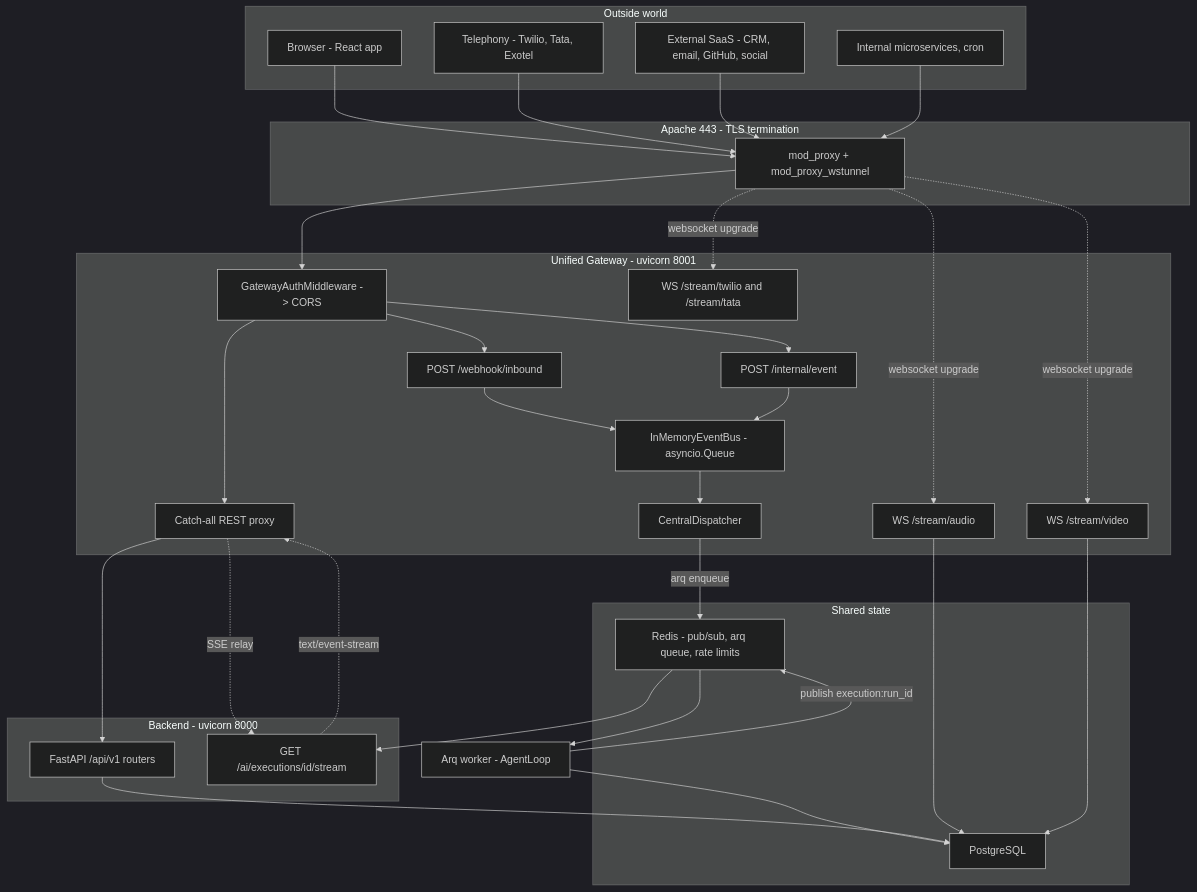
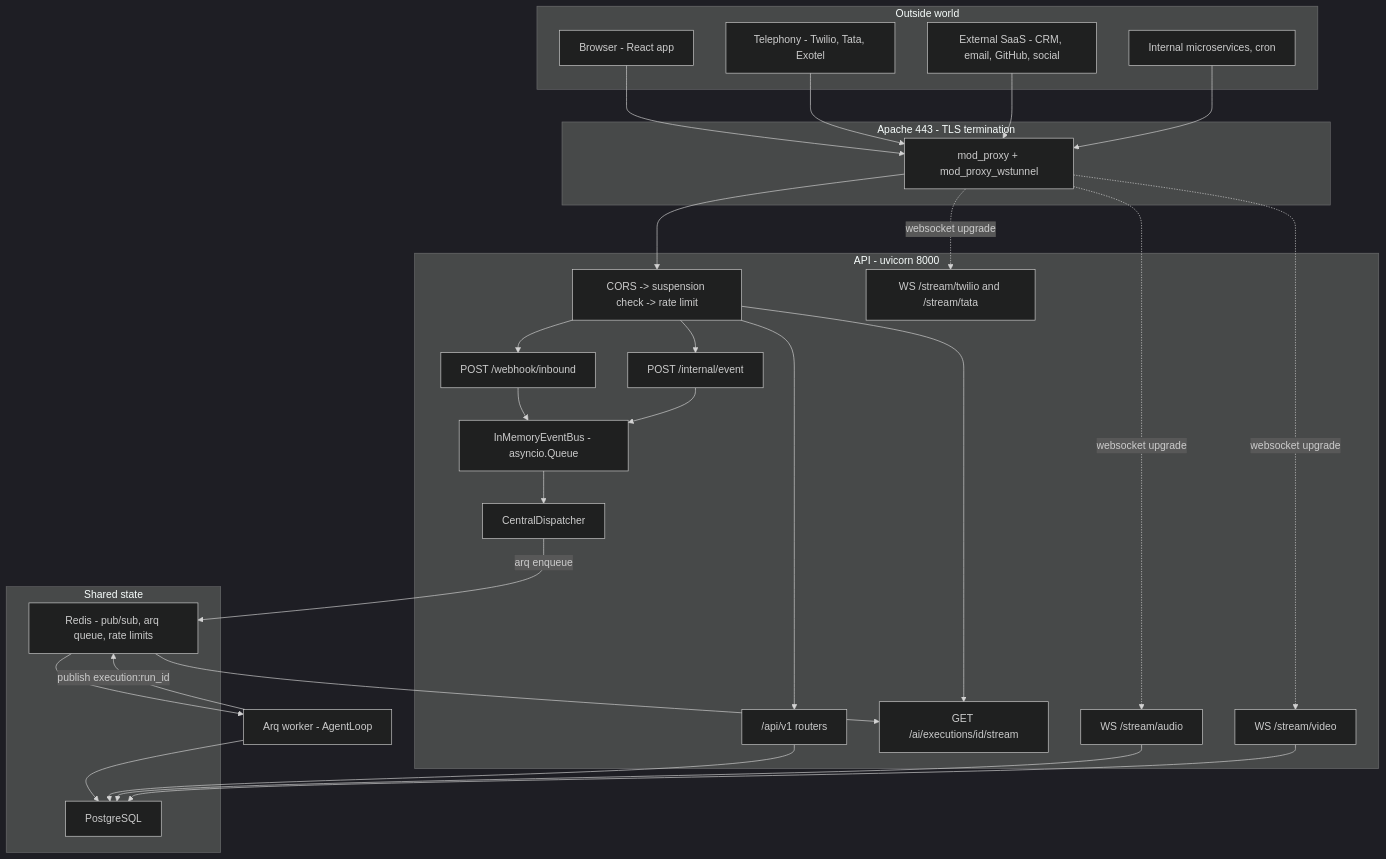
Before and after one commit to gondolerahul/hire-buddha-app: the first of 22 diagrams in docs/current/13-gateway-and-realtime.md, drawn with Mermaid (dark theme). The commit also changed other lines of this file and 61 other files, not shown here.

````diff
--- a/docs/current/13-gateway-and-realtime.md
+++ b/docs/current/13-gateway-and-realtime.md
@@ -66,64 +62,58 @@
 ```mermaid
 graph TB
     subgraph Outside["Outside world"]
         BR["Browser - React app"]
         TEL["Telephony - Twilio, Tata, Exotel"]
         EXT["External SaaS - CRM, email, GitHub, social"]
         SVC["Internal microservices, cron"]
     end
 
     subgraph Edge["Apache 443 - TLS termination"]
         AP["mod_proxy + mod_proxy_wstunnel"]
     end
 
-    subgraph GW["Unified Gateway - uvicorn 8001"]
-        MW["GatewayAuthMiddleware -> CORS"]
-        R1["Catch-all REST proxy"]
+    subgraph API["API - uvicorn 8000"]
+        MW["CORS -> suspension check -> rate limit"]
+        REST["/api/v1 routers"]
+        SSE["GET /ai/executions/id/stream"]
         R2["POST /webhook/inbound"]
         R3["POST /internal/event"]
         R4["WS /stream/audio"]
         R5["WS /stream/video"]
         R6["WS /stream/twilio and /stream/tata"]
         BUS["InMemoryEventBus - asyncio.Queue"]
         DISP["CentralDispatcher"]
-    end
-
-    subgraph Back["Backend - uvicorn 8000"]
-        API["FastAPI /api/v1 routers"]
-        SSE["GET /ai/executions/id/stream"]
     end
 
     subgraph State["Shared state"]
         RD["Redis - pub/sub, arq queue, rate limits"]
         PG["PostgreSQL"]
     end
 
     WK["Arq worker - AgentLoop"]
 
     BR --> AP
     TEL --> AP
     EXT --> AP
     SVC --> AP
     AP --> MW
-    MW --> R1
+    MW --> REST
+    MW --> SSE
     MW --> R2
     MW --> R3
     AP -.websocket upgrade.-> R4
     AP -.websocket upgrade.-> R5
     AP -.websocket upgrade.-> R6
 
-    R1 --> API
-    R1 -.SSE relay.-> SSE
     R2 --> BUS
     R3 --> BUS
     BUS --> DISP
     DISP -->|arq enqueue| RD
     RD --> WK
     WK --> PG
     WK -->|publish execution:run_id| RD
     RD --> SSE
-    SSE -.text/event-stream.-> R1
-    API --> PG
+    REST --> PG
     R4 --> PG
     R5 --> PG
 ```
````
